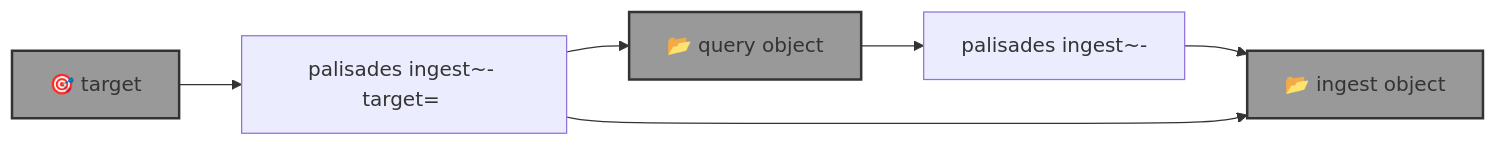
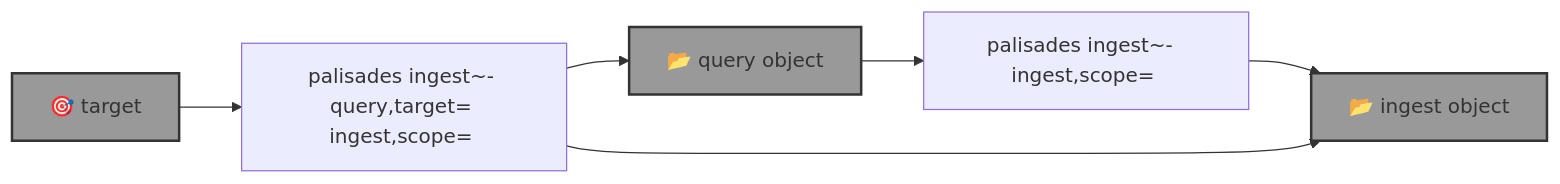
One commit to kamangir/blue-sandbox changed the diagram in blue_sandbox/palisades/template.md. Above: the diagram before and after it, drawn with Mermaid. The commit also changed 3 other files, not shown here.

````diff
--- a/blue_sandbox/palisades/template.md
+++ b/blue_sandbox/palisades/template.md
@@ -5,18 +5,18 @@
 ```mermaid
 graph LR
-    palisades_ingest_query["palisades ingest~- <query-object-name> <ingest-object-name>"]
-    palisades_ingest_target["palisades ingest~- target=<target> <ingest-object-name>"]
+    palisades_ingest_query["palisades ingest~- <query-object-name> ingest,scope=<scope> <ingest-object-name>"]
+    palisades_ingest_target["palisades ingest~- query,target=<target> ingest,scope=<scope> <ingest-object-name>"]
 
     target["🎯 target"]:::folder
     query_object["📂 query object"]:::folder
     ingest_object["📂 ingest object"]:::folder
 
     query_object --> palisades_ingest_query
     palisades_ingest_query --> ingest_object
 
     target --> palisades_ingest_target
     palisades_ingest_target --> query_object
     palisades_ingest_target --> ingest_object
 
     classDef folder fill:#999,stroke:#333,stroke-width:2px;
 ```
````
